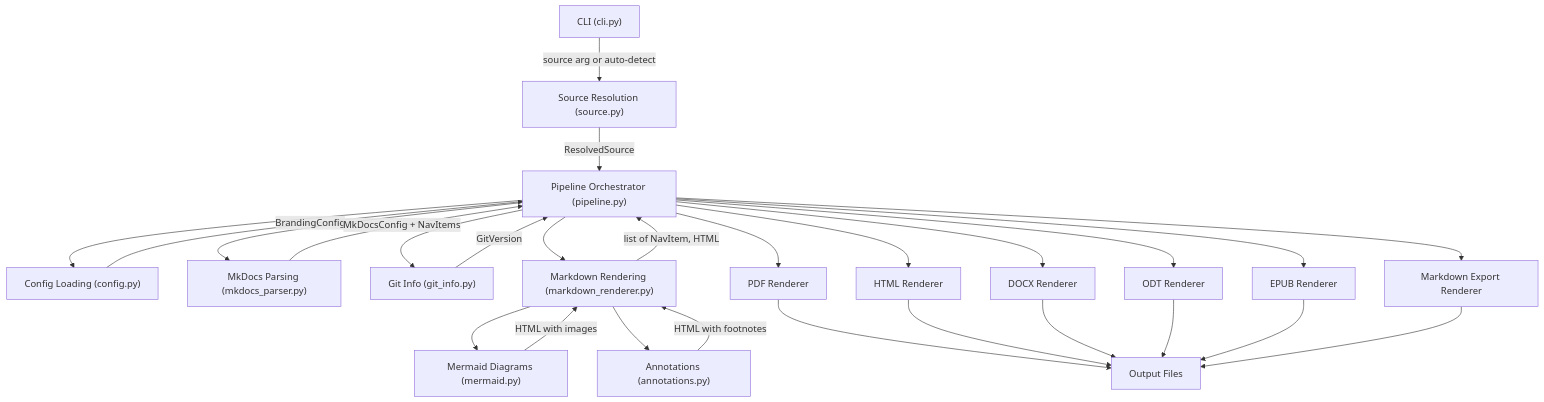
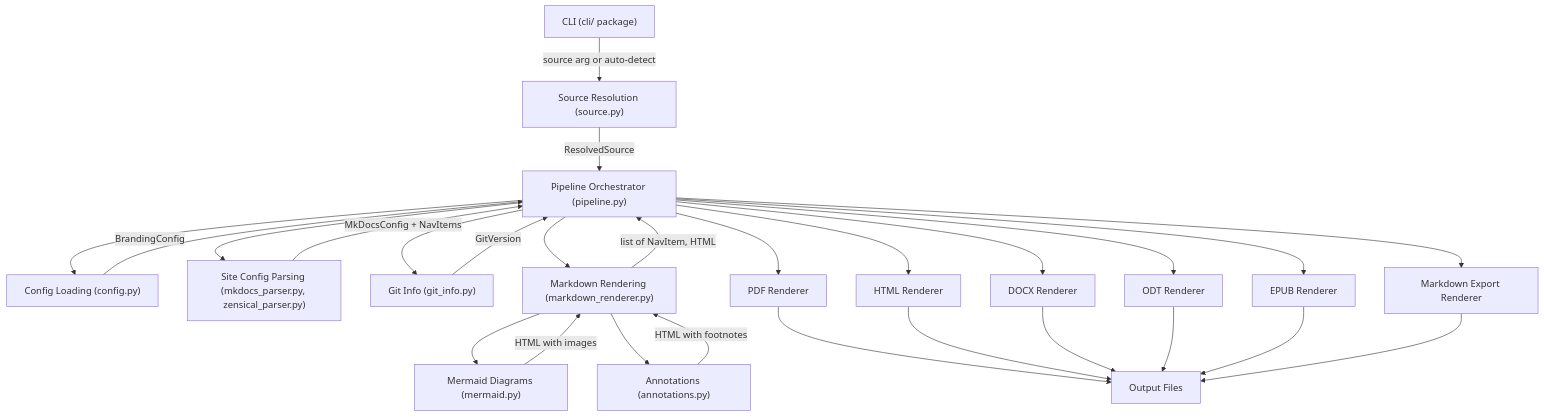
One commit to hutchins/leafpress changed the first of 2 diagrams in docs/docs/architecture.md. Above: the diagram before and after it, drawn with Mermaid. The commit also changed other lines of this file and 13 other files, not shown here.

````diff
--- a/docs/docs/architecture.md
+++ b/docs/docs/architecture.md
@@ -7,29 +7,29 @@
 ```mermaid
 flowchart TD
-    CLI["CLI (cli.py)"] --> |"source arg or auto-detect"| SR["Source Resolution (source.py)"]
+    CLI["CLI (cli/ package)"] --> |"source arg or auto-detect"| SR["Source Resolution (source.py)"]
     SR --> |"ResolvedSource"| PL["Pipeline Orchestrator (pipeline.py)"]
     PL --> CFG["Config Loading (config.py)"]
-    PL --> MKP["MkDocs Parsing (mkdocs_parser.py)"]
+    PL --> MKP["Site Config Parsing (mkdocs_parser.py, zensical_parser.py)"]
     PL --> GIT["Git Info (git_info.py)"]
     CFG --> |"BrandingConfig"| PL
     MKP --> |"MkDocsConfig + NavItems"| PL
     GIT --> |"GitVersion"| PL
     PL --> MR["Markdown Rendering (markdown_renderer.py)"]
     MR --> MM["Mermaid Diagrams (mermaid.py)"]
     MR --> AN["Annotations (annotations.py)"]
     MM --> |"HTML with images"| MR
     AN --> |"HTML with footnotes"| MR
     MR --> |"list of NavItem, HTML"| PL
     PL --> PDF["PDF Renderer"]
     PL --> HTML["HTML Renderer"]
     PL --> DOCX["DOCX Renderer"]
     PL --> ODT["ODT Renderer"]
     PL --> EPUB["EPUB Renderer"]
     PL --> MDE["Markdown Export Renderer"]
     PDF --> OUT["Output Files"]
     HTML --> OUT
     DOCX --> OUT
     ODT --> OUT
     EPUB --> OUT
     MDE --> OUT
 ```
````
